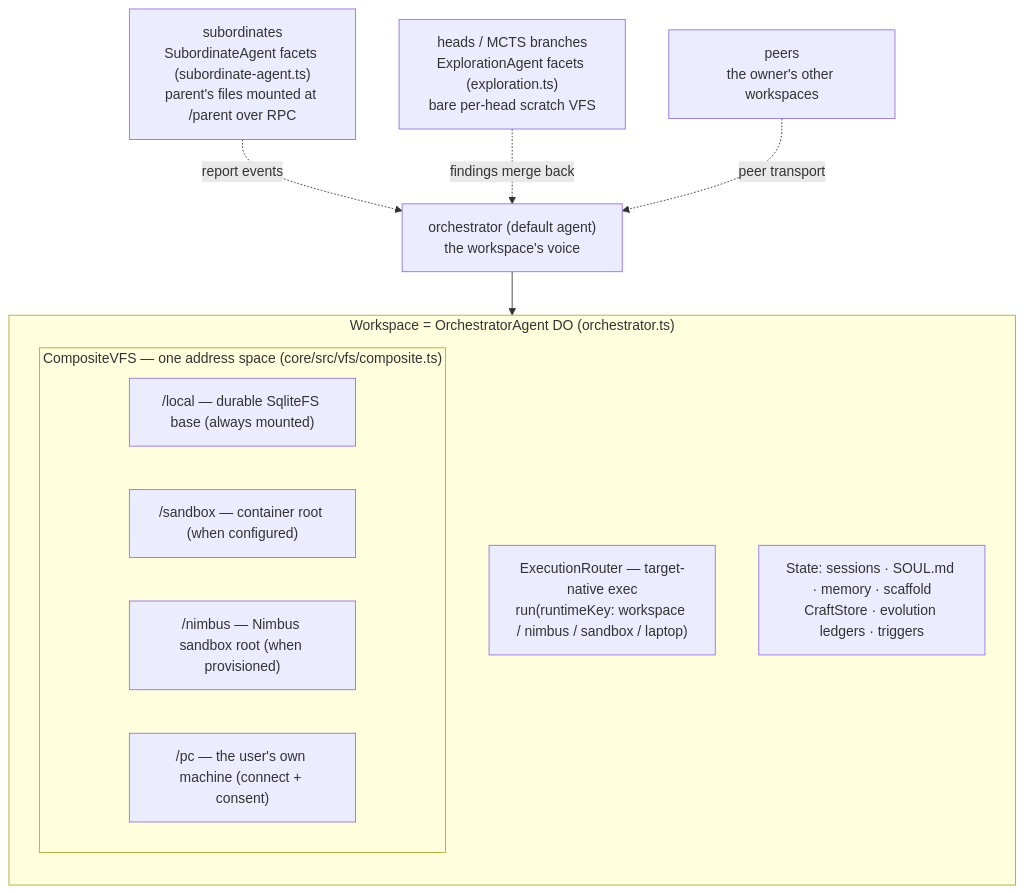
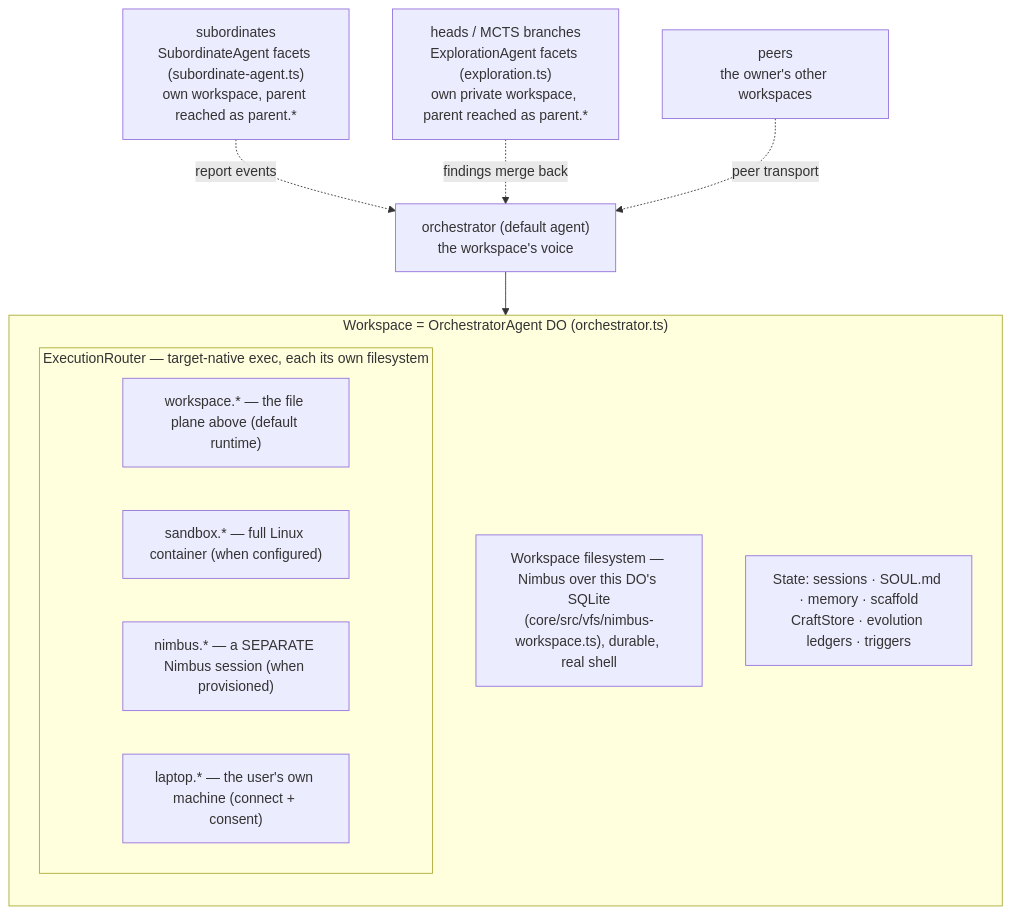
One commit to AshishKumar4/Proteus changed the first of 5 diagrams in docs/ARCHITECTURE.md. Above: the diagram before and after it, drawn with Mermaid. The commit also changed other lines of this file and 24 other files, not shown here.

````diff
--- a/docs/ARCHITECTURE.md
+++ b/docs/ARCHITECTURE.md
@@ -27,19 +29,19 @@
 ```mermaid
 graph TB
     subgraph WS["Workspace = OrchestratorAgent DO (orchestrator.ts)"]
         direction TB
-        subgraph Files["CompositeVFS — one address space (core/src/vfs/composite.ts)"]
-            L["/local — durable SqliteFS base (always mounted)"]
-            S["/sandbox — container root (when configured)"]
-            N["/nimbus — Nimbus sandbox root (when provisioned)"]
-            P["/pc — the user's own machine (connect + consent)"]
+        Files["Workspace filesystem — Nimbus over this DO's SQLite<br/>(core/src/vfs/nimbus-workspace.ts), durable, real shell"]
+        subgraph Execs["ExecutionRouter — target-native exec, each its own filesystem"]
+            W["workspace.* — the file plane above (default runtime)"]
+            S["sandbox.* — full Linux container (when configured)"]
+            N["nimbus.* — a SEPARATE Nimbus session (when provisioned)"]
+            P["laptop.* — the user's own machine (connect + consent)"]
         end
-        Router["ExecutionRouter — target-native exec<br/>run(runtimeKey: workspace / nimbus / sandbox / laptop)"]
         State["State: sessions · SOUL.md · memory · scaffold<br/>CraftStore · evolution ledgers · triggers"]
     end
 
     Orch["orchestrator (default agent)<br/>the workspace's voice"] --> WS
-    Subs["subordinates<br/>SubordinateAgent facets (subordinate-agent.ts)<br/>parent's files mounted at /parent over RPC"] -.->|report events| Orch
-    Heads["heads / MCTS branches<br/>ExplorationAgent facets (exploration.ts)<br/>bare per-head scratch VFS"] -.->|findings merge back| Orch
+    Subs["subordinates<br/>SubordinateAgent facets (subordinate-agent.ts)<br/>own workspace, parent reached as parent.*"] -.->|report events| Orch
+    Heads["heads / MCTS branches<br/>ExplorationAgent facets (exploration.ts)<br/>own private workspace, parent reached as parent.*"] -.->|findings merge back| Orch
     Peers["peers<br/>the owner's other workspaces"] -.->|peer transport| Orch
 ```
````
